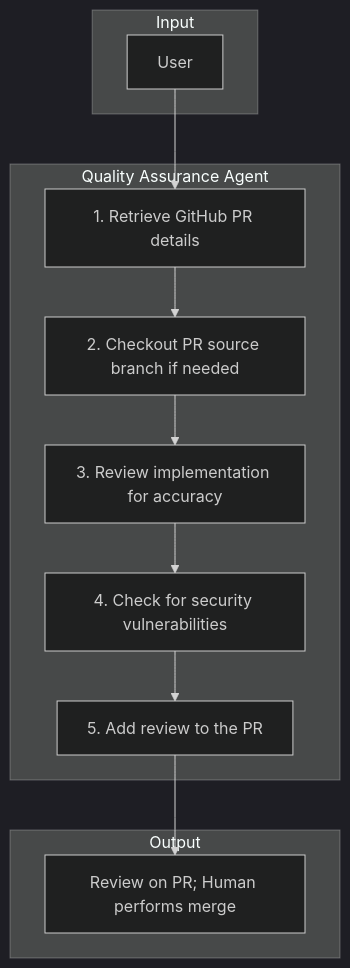
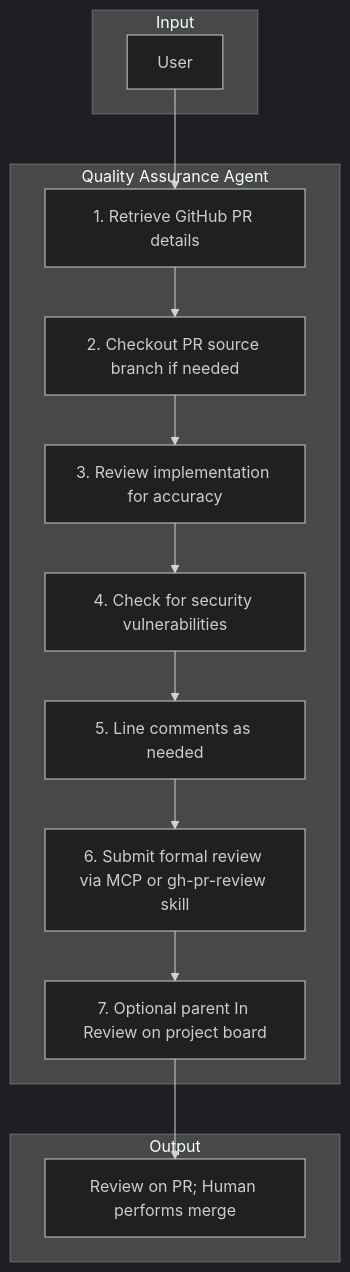
The diagram in docs/agents/quality-assurance.md (alto9/forge), drawn with Mermaid (dark theme) before and after one commit. The commit also changed other lines of this file and 14 other files, not shown here.

````diff
--- a/docs/agents/quality-assurance.md
+++ b/docs/agents/quality-assurance.md
@@ -13,25 +13,29 @@
 ```mermaid
 flowchart TD
     subgraph Input
         A[User]
     end
 
     subgraph QaAgent["Quality Assurance Agent"]
         B[1. Retrieve GitHub PR details]
         C[2. Checkout PR source branch if needed]
         D[3. Review implementation for accuracy]
         E[4. Check for security vulnerabilities]
-        F[5. Add review to the PR]
+        F[5. Line comments as needed]
+        G[6. Submit formal review via MCP or gh-pr-review skill]
+        H[7. Optional parent In Review on project board]
     end
 
     subgraph Output
-        G[Review on PR; Human performs merge]
+        I[Review on PR; Human performs merge]
     end
 
     A --> B
     B --> C
     C --> D
     D --> E
     E --> F
     F --> G
+    G --> H
+    H --> I
 ```
````
